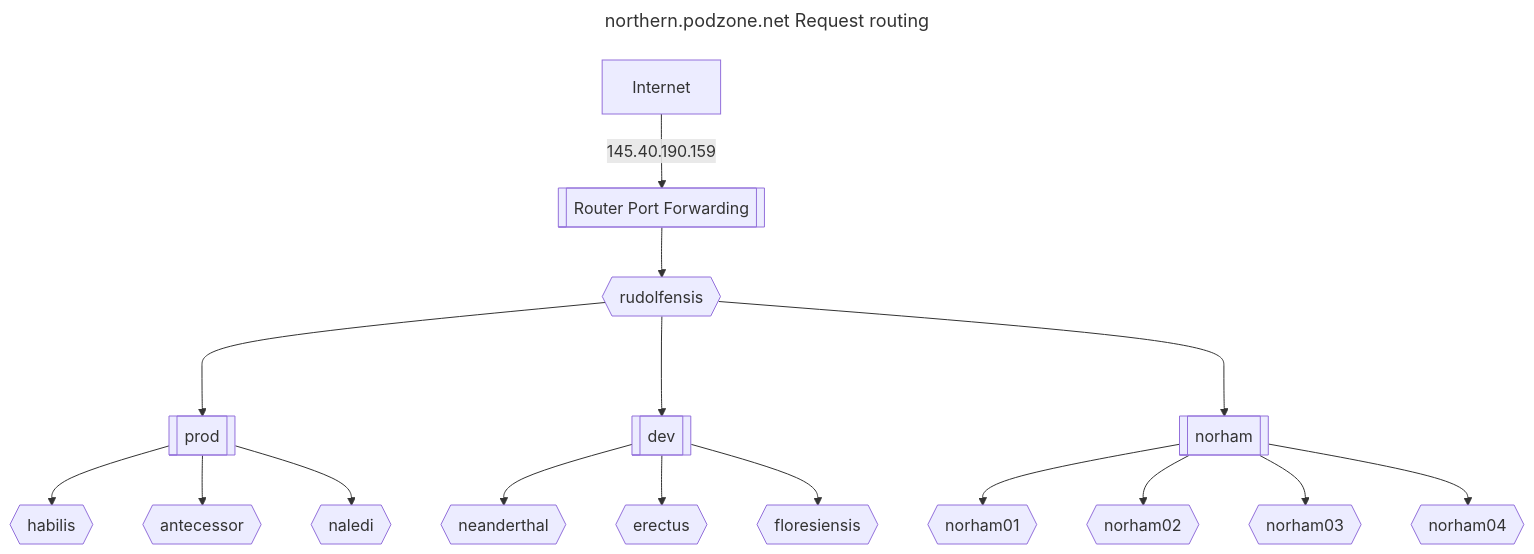
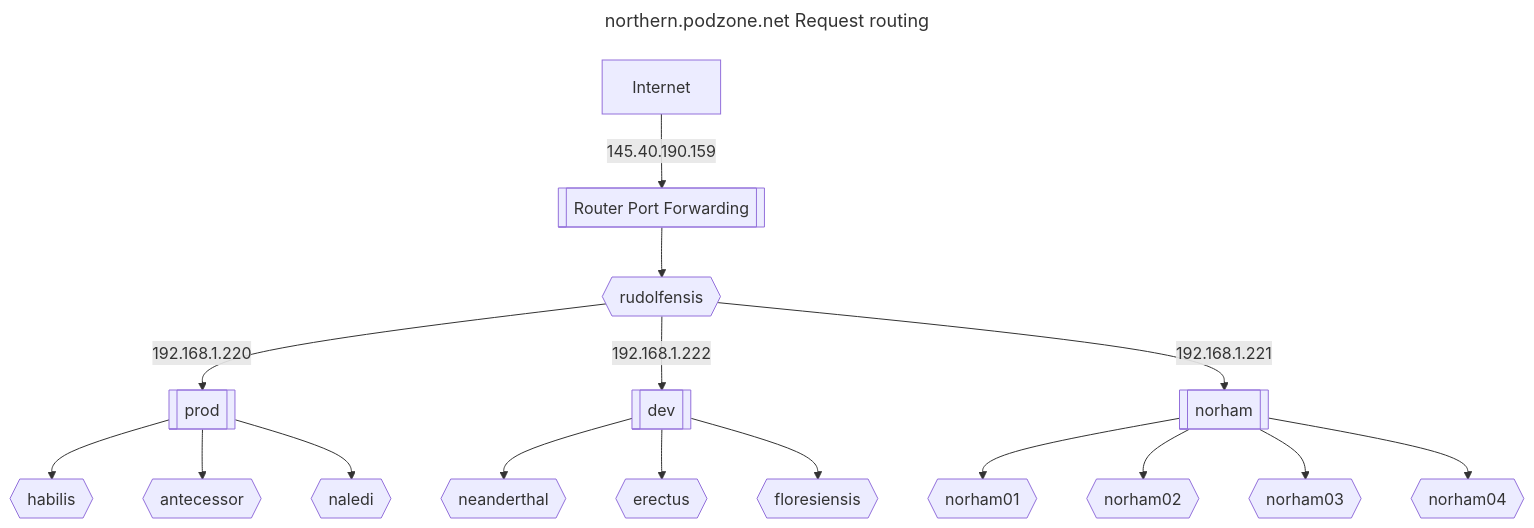
Before and after one commit to MoTTTT/podzone: the diagram in docs/technicalProxy.md, drawn with Mermaid. The commit also changed 10 other files, not shown here.

````diff
--- a/docs/technicalProxy.md
+++ b/docs/technicalProxy.md
@@ -19,39 +19,39 @@
 ```mermaid
 ---
 title: northern.podzone.net Request routing
 ---
 graph TD
 
 Internet --145.40.190.159  --> router
 router --> dmz
-dmz ---> metallb1
-dmz ---> metallb2
-dmz ---> metallb3
+dmz -- 192.168.1.220 --> metallb1
+dmz -- 192.168.1.222 --> metallb2
+dmz -- 192.168.1.221 --> metallb3
 
 metallb1 --> k8s01
 metallb1 --> k8s02
 metallb1 --> k8s03
 metallb2 --> k8s04
 metallb2 --> k8s05
 metallb2 --> k8s06
 metallb3 --> k8s07
 metallb3 --> k8s08
 metallb3 --> k8s09
 metallb3 --> k8s10
 
 metallb1[[prod]]
 metallb2[[dev]]
 metallb3[[norham]]
 router[[Router Port Forwarding]]
 dmz{{rudolfensis}}
 k8s01{{habilis}}
 k8s02{{antecessor}}
 k8s03{{naledi}}
 k8s04{{neanderthal}}
 k8s05{{erectus}}
 k8s06{{floresiensis}}
 k8s07{{norham01}}
 k8s08{{norham02}}
 k8s09{{norham03}}
 k8s10{{norham04}}
 ```
````
